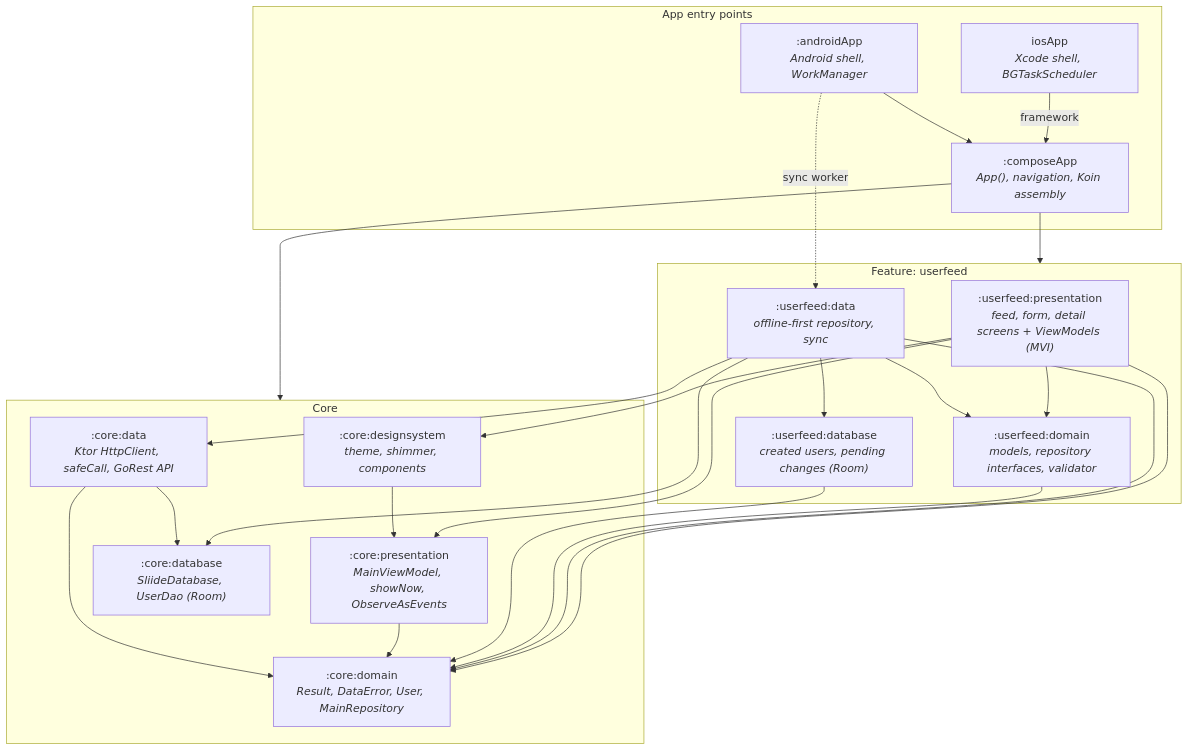
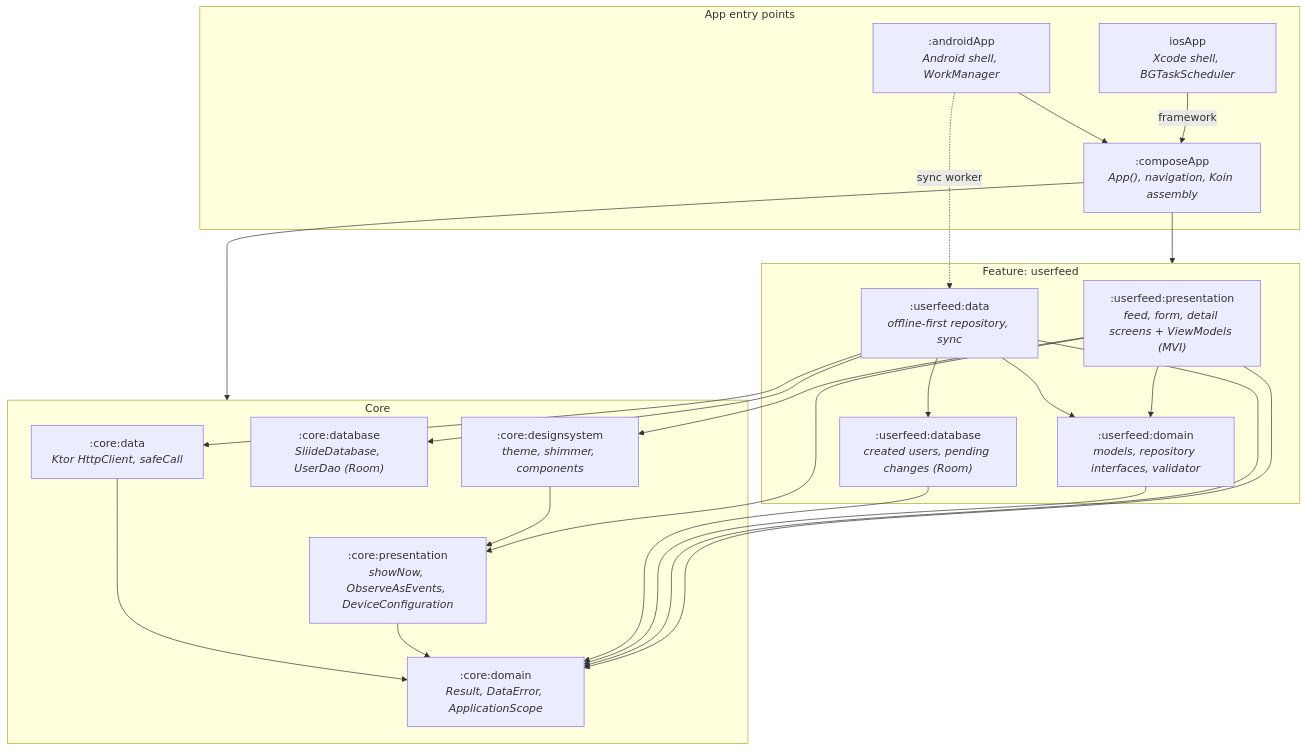
One commit to adilabedin/SliideChallenge changed the first of 3 diagrams in README.md. Above: the diagram before and after it, drawn with Mermaid. The commit also changed other lines of this file and 36 other files, not shown here.

Commit message:
removes main view model

````diff
--- a/README.md
+++ b/README.md
@@ -20,46 +20,45 @@
 ```mermaid
 flowchart TD
     subgraph entry["App entry points"]
         androidApp[":androidApp<br/><i>Android shell, WorkManager</i>"]
         iosApp["iosApp<br/><i>Xcode shell, BGTaskScheduler</i>"]
         composeApp[":composeApp<br/><i>App(), navigation, Koin assembly</i>"]
     end
 
     subgraph feature["Feature: userfeed"]
         ufPresentation[":userfeed:presentation<br/><i>feed, form, detail screens + ViewModels (MVI)</i>"]
         ufDomain[":userfeed:domain<br/><i>models, repository interfaces, validator</i>"]
         ufData[":userfeed:data<br/><i>offline-first repository, sync</i>"]
         ufDatabase[":userfeed:database<br/><i>created users, pending changes (Room)</i>"]
     end
 
     subgraph core["Core"]
-        corePresentation[":core:presentation<br/><i>MainViewModel, showNow, ObserveAsEvents</i>"]
+        corePresentation[":core:presentation<br/><i>showNow, ObserveAsEvents, DeviceConfiguration</i>"]
         coreDesignsystem[":core:designsystem<br/><i>theme, shimmer, components</i>"]
-        coreDomain[":core:domain<br/><i>Result, DataError, User, MainRepository</i>"]
-        coreData[":core:data<br/><i>Ktor HttpClient, safeCall, GoRest API</i>"]
+        coreDomain[":core:domain<br/><i>Result, DataError, ApplicationScope</i>"]
+        coreData[":core:data<br/><i>Ktor HttpClient, safeCall</i>"]
         coreDatabase[":core:database<br/><i>SliideDatabase, UserDao (Room)</i>"]
     end
 
     iosApp -->|framework| composeApp
     androidApp --> composeApp
     androidApp -.->|sync worker| ufData
     composeApp --> feature
     composeApp --> core
 
     ufPresentation --> ufDomain
     ufPresentation --> corePresentation
     ufPresentation --> coreDesignsystem
     ufPresentation --> coreDomain
     ufData --> ufDomain
     ufData --> ufDatabase
     ufData --> coreData
     ufData --> coreDatabase
     ufData --> coreDomain
     ufDomain --> coreDomain
     ufDatabase --> coreDomain
 
     coreDesignsystem --> corePresentation
     corePresentation --> coreDomain
     coreData --> coreDomain
-    coreData --> coreDatabase
 ```
````
